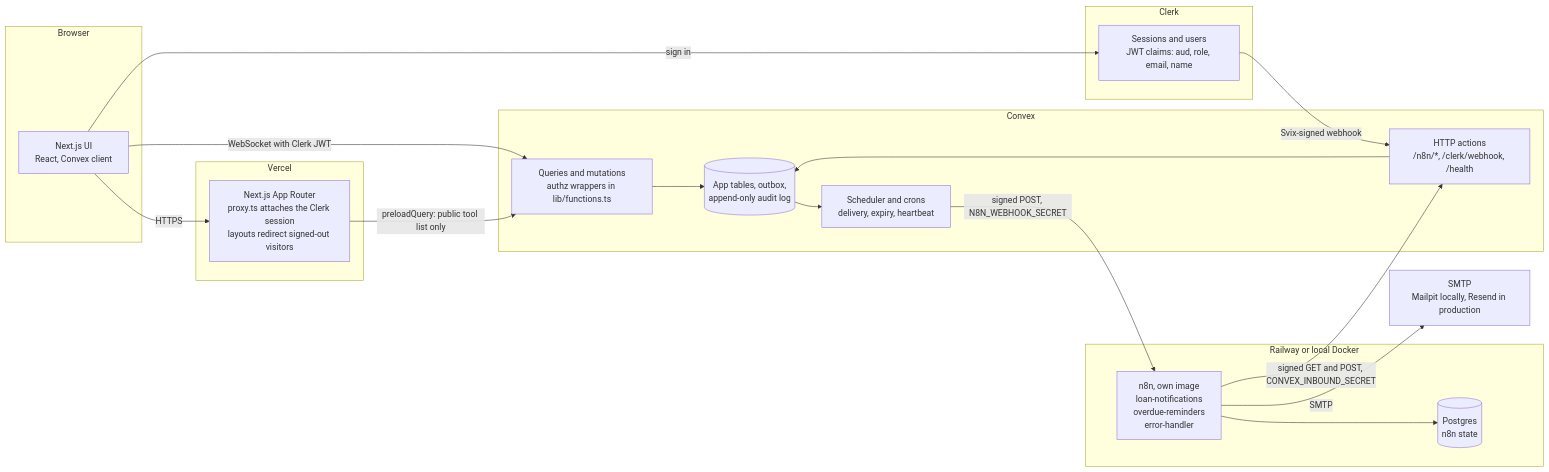
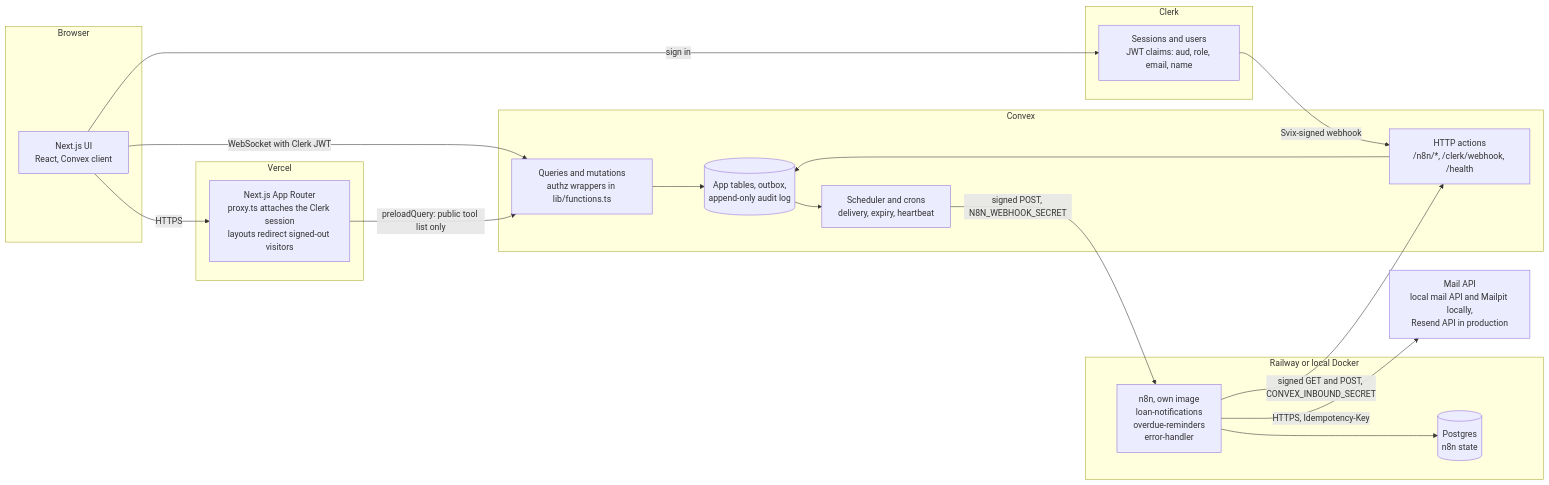
One commit to S-kkipie/lendloop changed the first of 4 diagrams in docs/architecture.md. Above: the diagram before and after it, drawn with Mermaid. The commit also changed other lines of this file and 9 other files, not shown here.

Commit message:
docs: describe email through Resend's HTTPS API (ADR 0011)

````diff
--- a/docs/architecture.md
+++ b/docs/architecture.md
@@ -9,36 +9,36 @@
 ```mermaid
 flowchart LR
     subgraph client [Browser]
         UI["Next.js UI<br/>React, Convex client"]
     end
     subgraph vercel [Vercel]
         NX["Next.js App Router<br/>proxy.ts attaches the Clerk session<br/>layouts redirect signed-out visitors"]
     end
     subgraph clerk [Clerk]
         CK["Sessions and users<br/>JWT claims: aud, role, email, name"]
     end
     subgraph convex [Convex]
         FN["Queries and mutations<br/>authz wrappers in lib/functions.ts"]
         DB[("App tables, outbox,<br/>append-only audit log")]
         SCH["Scheduler and crons<br/>delivery, expiry, heartbeat"]
         HTTP["HTTP actions<br/>/n8n/*, /clerk/webhook, /health"]
     end
     subgraph railway [Railway or local Docker]
         N8N["n8n, own image<br/>loan-notifications<br/>overdue-reminders<br/>error-handler"]
         PG[("Postgres<br/>n8n state")]
     end
-    SMTP["SMTP<br/>Mailpit locally, Resend in production"]
+    MAIL["Mail API<br/>local mail API and Mailpit locally,<br/>Resend API in production"]
 
     UI -- HTTPS --> NX
     UI -- sign in --> CK
     UI -- "WebSocket with Clerk JWT" --> FN
     NX -- "preloadQuery: public tool list only" --> FN
     FN --> DB
     DB --> SCH
     SCH -- "signed POST, N8N_WEBHOOK_SECRET" --> N8N
     N8N -- "signed GET and POST, CONVEX_INBOUND_SECRET" --> HTTP
     HTTP --> DB
     CK -- "Svix-signed webhook" --> HTTP
     N8N --> PG
-    N8N -- SMTP --> SMTP
+    N8N -- "HTTPS, Idempotency-Key" --> MAIL
 ```
````
